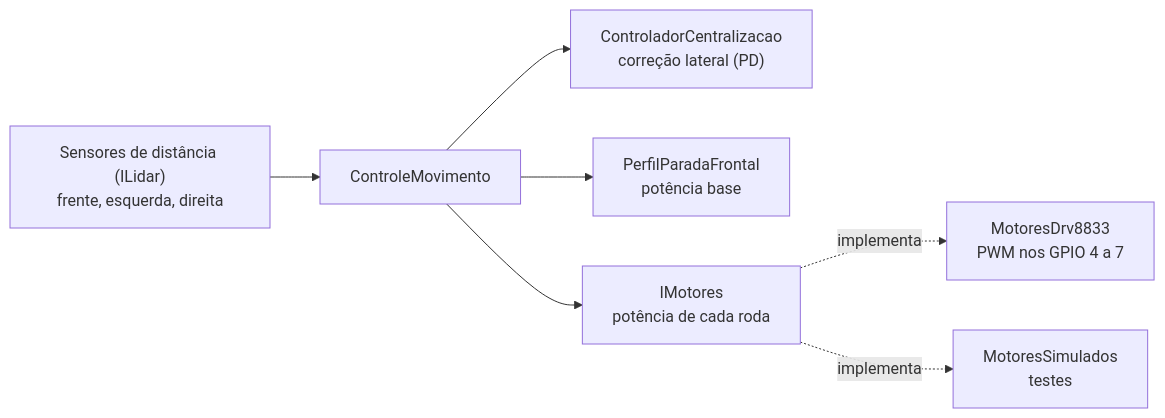
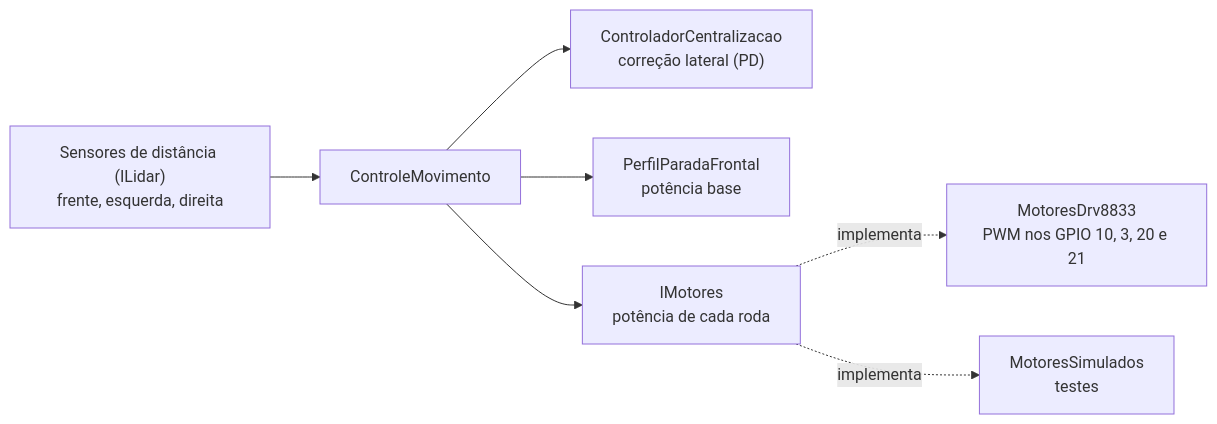
One commit to claudiohsc/2026_2_PI1_Grupo01_Hilmer-1 changed the eighth of 9 diagrams in docs/04-projeto-conceitual/firmware.md. Above: the diagram before and after it, drawn with Mermaid. The commit also changed other lines of this file and 1 other file, not shown here.

Commit message:
docs(firmware): documenta os motores N20, o duty máximo e a proteção contra motor travado e registra os testes (#341)

````diff
--- a/docs/04-projeto-conceitual/firmware.md
+++ b/docs/04-projeto-conceitual/firmware.md
@@ -704,9 +704,9 @@
 ```mermaid
 flowchart LR
     lidar["Sensores de distância (ILidar)<br/>frente, esquerda, direita"] --> controle["ControleMovimento"]
     controle --> lateral["ControladorCentralizacao<br/>correção lateral (PD)"]
     controle --> frontal["PerfilParadaFrontal<br/>potência base"]
     controle --> motores["IMotores<br/>potência de cada roda"]
-    motores -. implementa .-> drv["MotoresDrv8833<br/>PWM nos GPIO 4 a 7"]
+    motores -. implementa .-> drv["MotoresDrv8833<br/>PWM nos GPIO 10, 3, 20 e 21"]
     motores -. implementa .-> sim["MotoresSimulados<br/>testes"]
 ```
````
